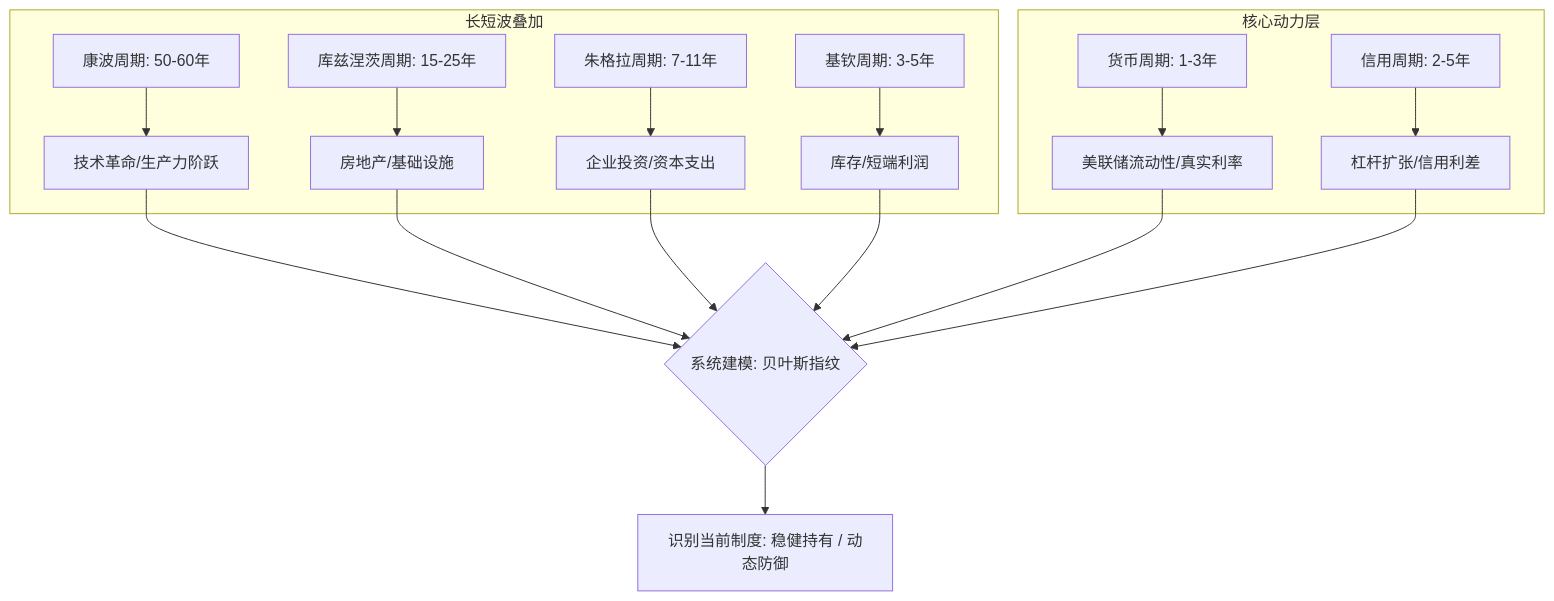
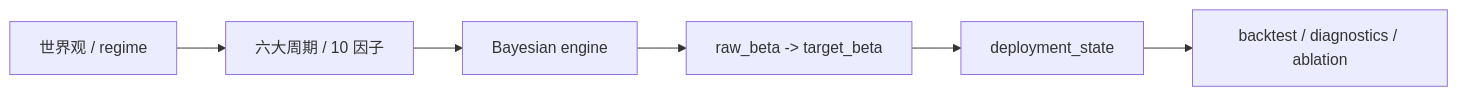
The first of 10 diagrams in docs/V11_5_USER_PHILOSOPHY.md (yutaofr/qqq-buyer-monitor), drawn with Mermaid before and after one commit. The commit also changed other lines of this file and 1 other file, not shown here.

````diff
--- a/docs/V11_5_USER_PHILOSOPHY.md
+++ b/docs/V11_5_USER_PHILOSOPHY.md
@@ -15,17 +27,8 @@
 ```mermaid
-graph TD
-    subgraph 长短波叠加
-    A[康波周期: 50-60年] --> A1[技术革命/生产力阶跃]
-    B[库兹涅茨周期: 15-25年] --> B1[房地产/基础设施]
-    C[朱格拉周期: 7-11年] --> C1[企业投资/资本支出]
-    D[基钦周期: 3-5年] --> D1[库存/短端利润]
-    end
-    
-    subgraph 核心动力层
-    E[货币周期: 1-3年] --> E1[美联储流动性/真实利率]
-    F[信用周期: 2-5年] --> F1[杠杆扩张/信用利差]
-    end
-    
-    A1 & B1 & C1 & D1 & E1 & F1 --> G{系统建模: 贝叶斯指纹}
-    G --> H[识别当前制度: 稳健持有 / 动态防御]
+flowchart LR
+    A[世界观 / regime] --> B[六大周期 / 10 因子]
+    B --> C[Bayesian engine]
+    C --> D[raw_beta -> target_beta]
+    D --> E[deployment_state]
+    E --> F[backtest / diagnostics / ablation]
 ```
````
